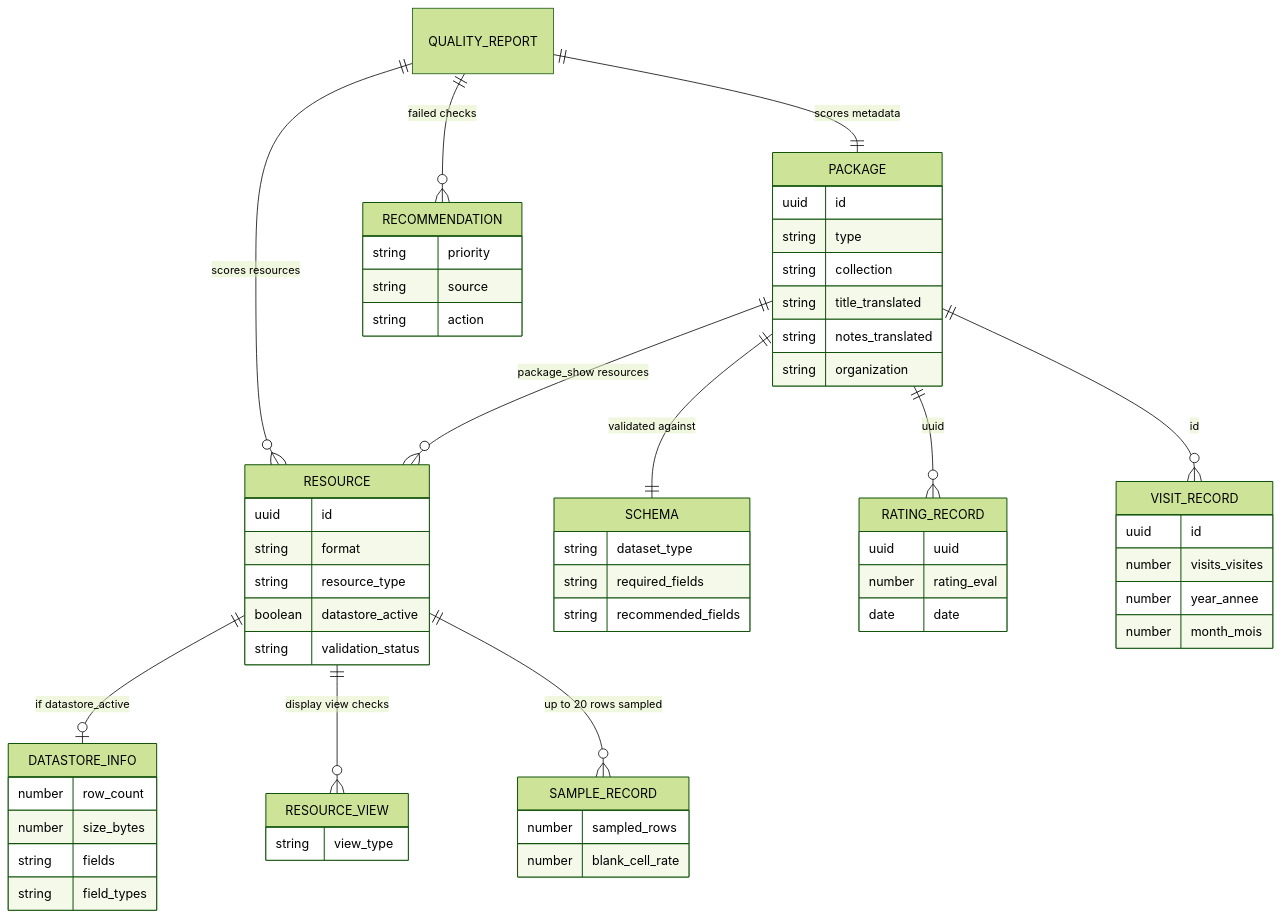
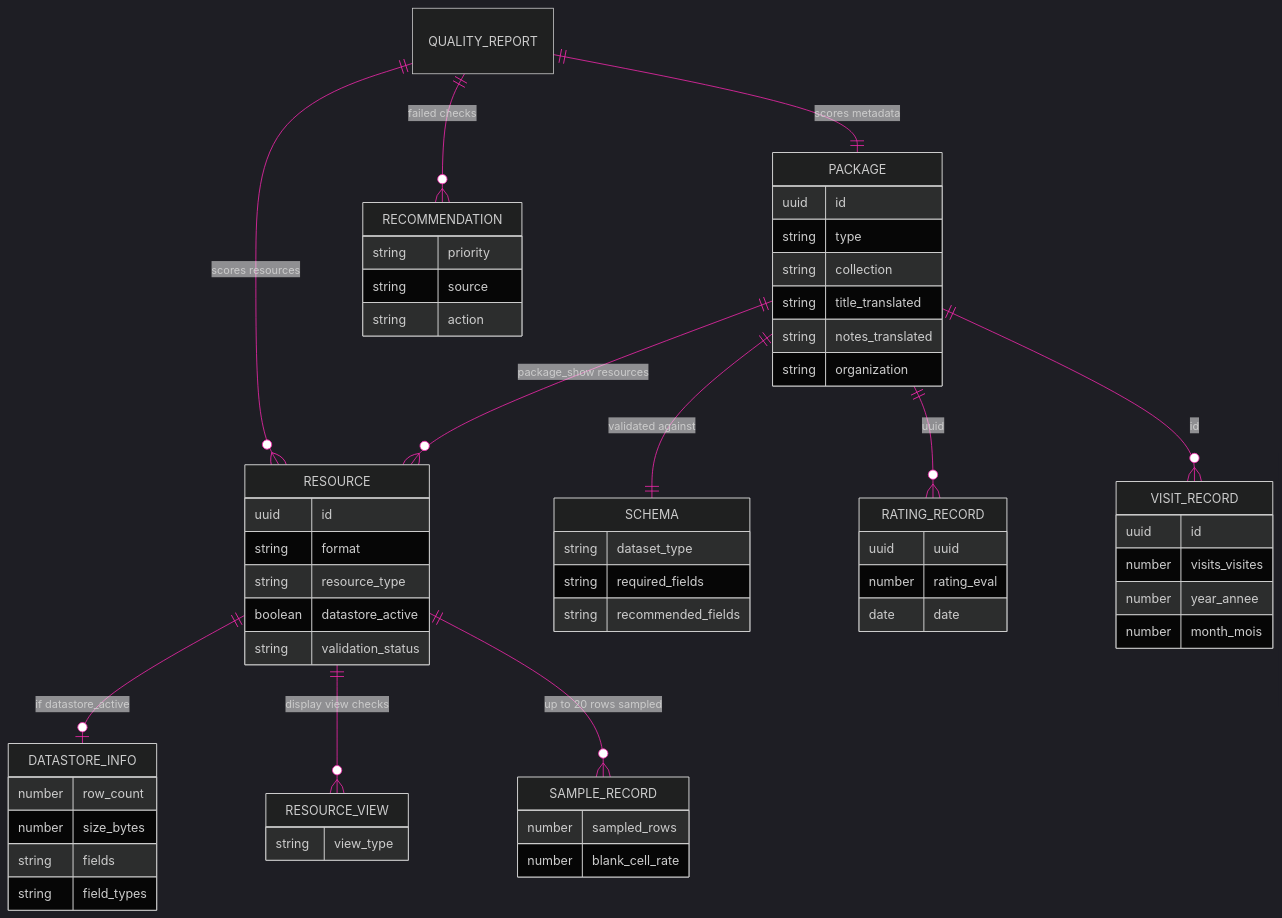
Before and after one commit to PatLittle/PatLittle.github.io: the third of 3 diagrams in _posts/2026-06-16-OpenDataForDataProducts.md, drawn with Mermaid. The commit also changed other lines of this file, not shown here.

````diff
--- a/_posts/2026-06-16-OpenDataForDataProducts.md
+++ b/_posts/2026-06-16-OpenDataForDataProducts.md
@@ -254,67 +262,74 @@
 ```mermaid
 ---
 config:
-  theme: 'forest'
+  theme: 'dark'
+  themeVariables:
+    primaryColor: '#BB2528'
+    primaryTextColor: '#fff'
+    primaryBorderColor: '#7C0000'
+    lineColor: 'rgb(248, 41, 176)'
+    secondaryColor: '#006100'
+    tertiaryColor: '#fff'
 ---
 erDiagram
     PACKAGE ||--o{ RESOURCE : "package_show resources"
     PACKAGE ||--|| SCHEMA : "validated against"
     RESOURCE ||--o| DATASTORE_INFO : "if datastore_active"
     RESOURCE ||--o{ RESOURCE_VIEW : "display view checks"
     RESOURCE ||--o{ SAMPLE_RECORD : "up to 20 rows sampled"
     PACKAGE ||--o{ RATING_RECORD : "uuid"
     PACKAGE ||--o{ VISIT_RECORD : "id"
     QUALITY_REPORT ||--|| PACKAGE : "scores metadata"
     QUALITY_REPORT ||--o{ RESOURCE : "scores resources"
     QUALITY_REPORT ||--o{ RECOMMENDATION : "failed checks"
 
     PACKAGE {
       uuid id
       string type
       string collection
       string title_translated
       string notes_translated
       string organization
     }
     SCHEMA {
       string dataset_type
       string required_fields
       string recommended_fields
     }
     RESOURCE {
       uuid id
       string format
       string resource_type
       boolean datastore_active
       string validation_status
     }
     DATASTORE_INFO {
       number row_count
       number size_bytes
       string fields
       string field_types
     }
     RESOURCE_VIEW {
       string view_type
     }
     SAMPLE_RECORD {
       number sampled_rows
       number blank_cell_rate
     }
     RATING_RECORD {
       uuid uuid
       number rating_eval
       date date
     }
     VISIT_RECORD {
       uuid id
       number visits_visites
       number year_annee
       number month_mois
     }
     RECOMMENDATION {
       string priority
       string source
       string action
     }
 ```
````
